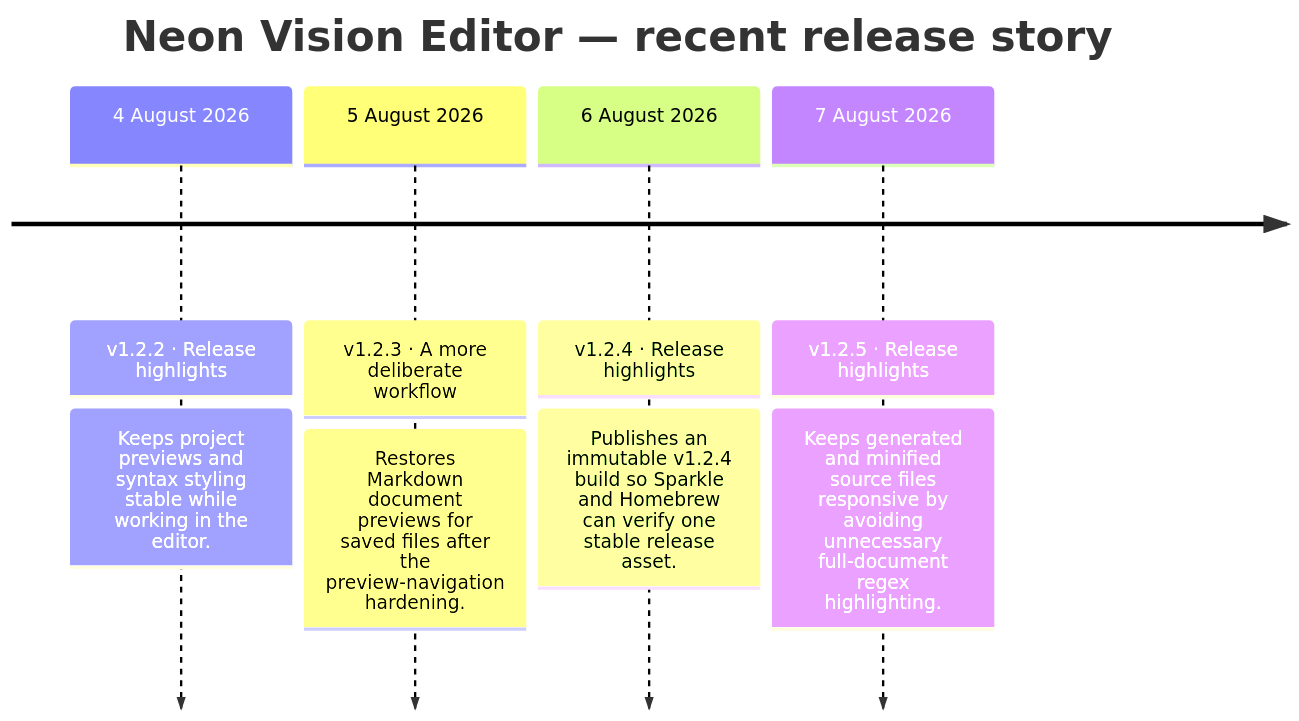
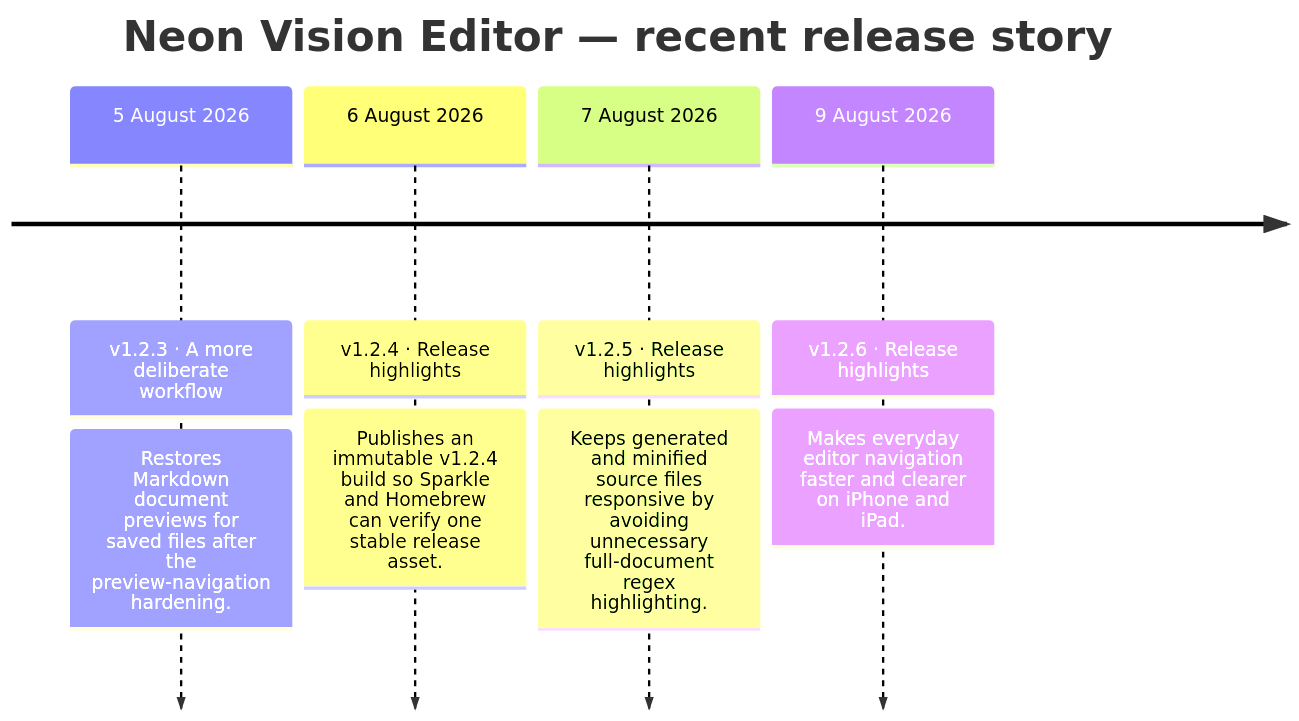
The second of 2 diagrams in README.md (h3pdesign/Neon-Vision-Editor), drawn with Mermaid before and after one commit. The commit also changed other lines of this file and 21 other files, not shown here.

````diff
--- a/README.md
+++ b/README.md
@@ -766,12 +765,12 @@
 ```mermaid
 timeline
     title Neon Vision Editor — recent release story
-    4 August 2026 : v1.2.2 · Release highlights
-                : Keeps project previews and syntax styling stable while working in the editor.
     5 August 2026 : v1.2.3 · A more deliberate workflow
                 : Restores Markdown document previews for saved files after the preview-navigation hardening.
     6 August 2026 : v1.2.4 · Release highlights
                 : Publishes an immutable v1.2.4 build so Sparkle and Homebrew can verify one stable release asset.
     7 August 2026 : v1.2.5 · Release highlights
                 : Keeps generated and minified source files responsive by avoiding unnecessary full-document regex highlighting.
+    9 August 2026 : v1.2.6 · Release highlights
+                : Makes everyday editor navigation faster and clearer on iPhone and iPad.
 ```
````
